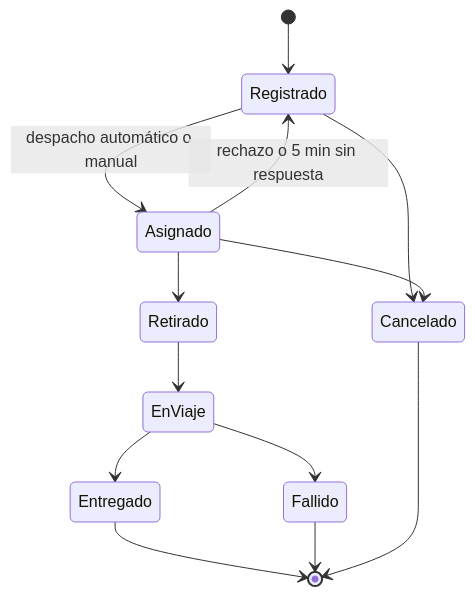
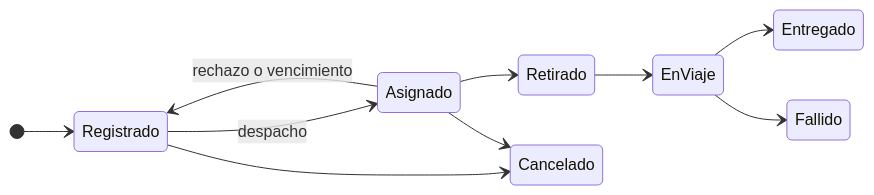
Before and after one commit to M4teee/Ingenieria-en-Software-2026: the diagram in README.md, drawn with Mermaid. The commit also changed other lines of this file and 45 other files, not shown here.

````diff
--- a/README.md
+++ b/README.md
@@ -97,15 +70,13 @@
 ```mermaid
 stateDiagram-v2
+    direction LR
     [*] --> Registrado
-    Registrado --> Asignado: despacho automático o manual
-    Asignado --> Registrado: rechazo o 5 min sin respuesta
+    Registrado --> Asignado: despacho
+    Asignado --> Registrado: rechazo o vencimiento
     Asignado --> Retirado
     Retirado --> EnViaje
     EnViaje --> Entregado
     EnViaje --> Fallido
     Registrado --> Cancelado
     Asignado --> Cancelado
-    Entregado --> [*]
-    Fallido --> [*]
-    Cancelado --> [*]
 ```
````
